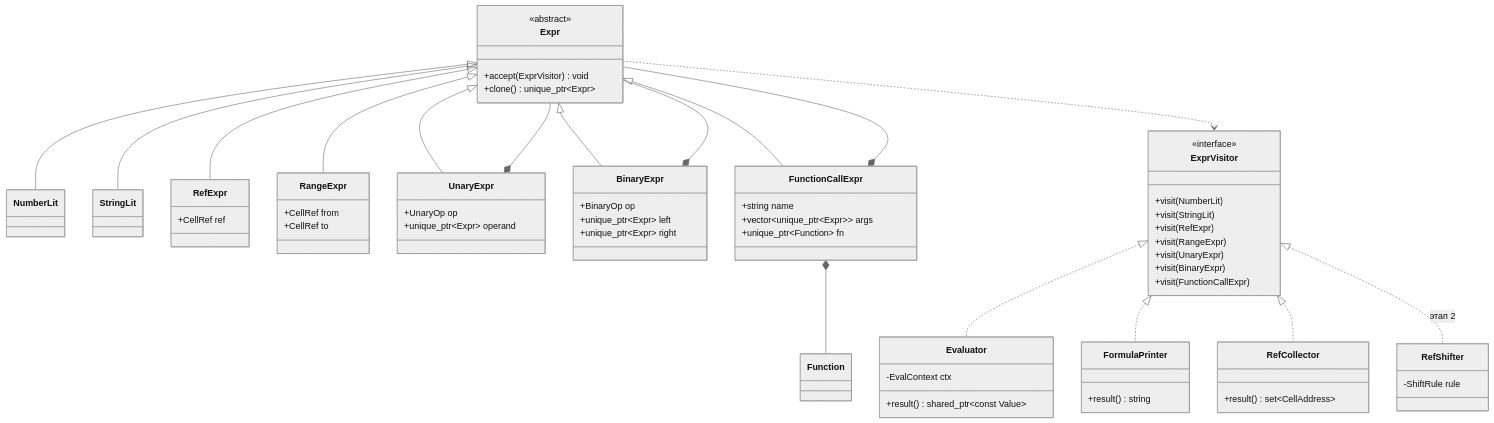
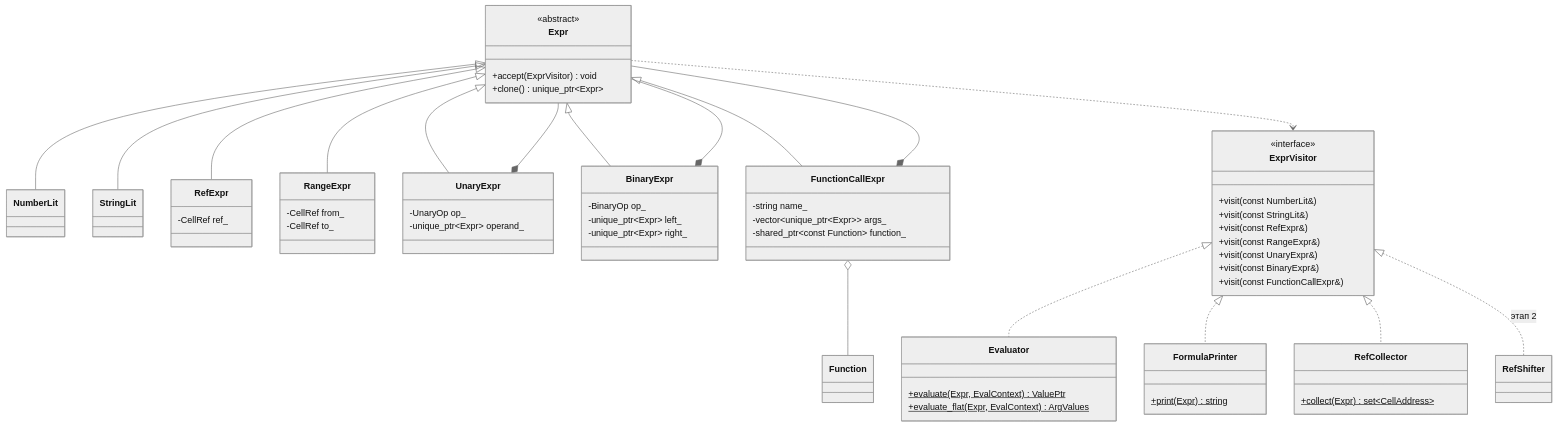
The second of 5 diagrams in DESIGN.md (mtvxlqq/spreadsheet_software_nsu), drawn with Mermaid (neutral theme) before and after one commit. The commit also changed other lines of this file and 1 other file, not shown here.

````diff
--- a/DESIGN.md
+++ b/DESIGN.md
@@ -79,71 +94,69 @@
 ```mermaid
 classDiagram
     class Expr {
         <<abstract>>
         +accept(ExprVisitor) void
         +clone() unique_ptr~Expr~
     }
     class NumberLit
     class StringLit
     class RefExpr {
-        +CellRef ref
+        -CellRef ref_
     }
     class RangeExpr {
-        +CellRef from
-        +CellRef to
+        -CellRef from_
+        -CellRef to_
     }
     class UnaryExpr {
-        +UnaryOp op
-        +unique_ptr~Expr~ operand
+        -UnaryOp op_
+        -unique_ptr~Expr~ operand_
     }
     class BinaryExpr {
-        +BinaryOp op
-        +unique_ptr~Expr~ left
-        +unique_ptr~Expr~ right
+        -BinaryOp op_
+        -unique_ptr~Expr~ left_
+        -unique_ptr~Expr~ right_
     }
     class FunctionCallExpr {
-        +string name
-        +vector~unique_ptr~Expr~~ args
-        +unique_ptr~Function~ fn
+        -string name_
+        -vector~unique_ptr~Expr~~ args_
+        -shared_ptr~const Function~ function_
     }
     Expr <|-- NumberLit
     Expr <|-- StringLit
     Expr <|-- RefExpr
     Expr <|-- RangeExpr
     Expr <|-- UnaryExpr
     Expr <|-- BinaryExpr
     Expr <|-- FunctionCallExpr
     UnaryExpr *-- Expr
     BinaryExpr *-- Expr
     FunctionCallExpr *-- Expr
-    FunctionCallExpr *-- Function
+    FunctionCallExpr o-- Function
 
     class ExprVisitor {
         <<interface>>
-        +visit(NumberLit)
-        +visit(StringLit)
-        +visit(RefExpr)
-        +visit(RangeExpr)
-        +visit(UnaryExpr)
-        +visit(BinaryExpr)
-        +visit(FunctionCallExpr)
+        +visit(const NumberLit&)
+        +visit(const StringLit&)
+        +visit(const RefExpr&)
+        +visit(const RangeExpr&)
+        +visit(const UnaryExpr&)
+        +visit(const BinaryExpr&)
+        +visit(const FunctionCallExpr&)
     }
     class Evaluator {
-        -EvalContext ctx
-        +result() shared_ptr~const Value~
+        +evaluate(Expr, EvalContext) ValuePtr$
+        +evaluate_flat(Expr, EvalContext) ArgValues$
     }
     class FormulaPrinter {
-        +result() string
+        +print(Expr) string$
     }
     class RefCollector {
-        +result() set~CellAddress~
+        +collect(Expr) set~CellAddress~$
     }
-    class RefShifter {
-        -ShiftRule rule
-    }
+    class RefShifter
     ExprVisitor <|.. Evaluator
     ExprVisitor <|.. FormulaPrinter
     ExprVisitor <|.. RefCollector
     ExprVisitor <|.. RefShifter : этап 2
     Expr ..> ExprVisitor
 ```
````
